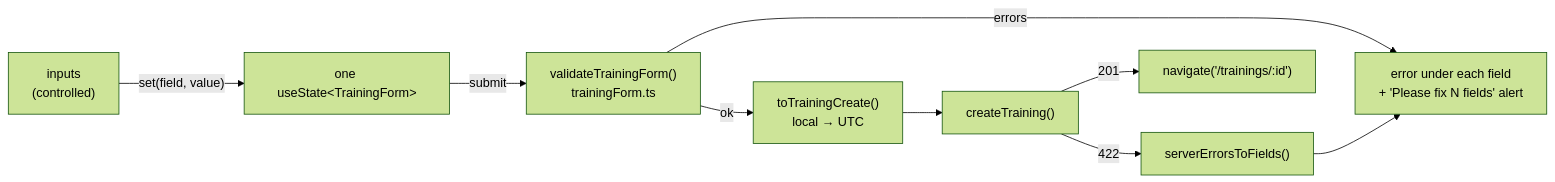
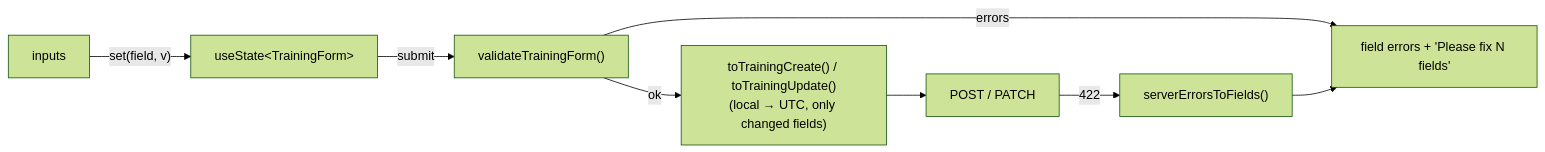
The seventh of 8 diagrams in Classroom.md (Cofinpro/praying-mantis-1), drawn with Mermaid (forest theme) before and after one commit. The commit also changed other lines of this file and 1 other file, not shown here.

````diff
--- a/Classroom.md
+++ b/Classroom.md
@@ -221,10 +487,9 @@
 ```mermaid
 flowchart LR
-  inputs["inputs<br/>(controlled)"] -- "set(field, value)" --> state["one useState&lt;TrainingForm&gt;"]
-  state -- submit --> validate["validateTrainingForm()<br/>trainingForm.ts"]
-  validate -- errors --> ui["error under each field<br/>+ 'Please fix N fields' alert"]
-  validate -- ok --> body["toTrainingCreate()<br/>local → UTC"]
-  body --> post["createTraining()"]
-  post -- 201 --> nav["navigate('/trainings/:id')"]
-  post -- 422 --> map["serverErrorsToFields()"] --> ui
+  I["inputs"] -- "set(field, v)" --> S["useState&lt;TrainingForm&gt;"]
+  S -- submit --> V["validateTrainingForm()"]
+  V -- errors --> E["field errors + 'Please fix N fields'"]
+  V -- ok --> B["toTrainingCreate() / toTrainingUpdate()<br/>(local → UTC, only changed fields)"]
+  B --> P["POST / PATCH"]
+  P -- 422 --> X["serverErrorsToFields()"] --> E
 ```
````
